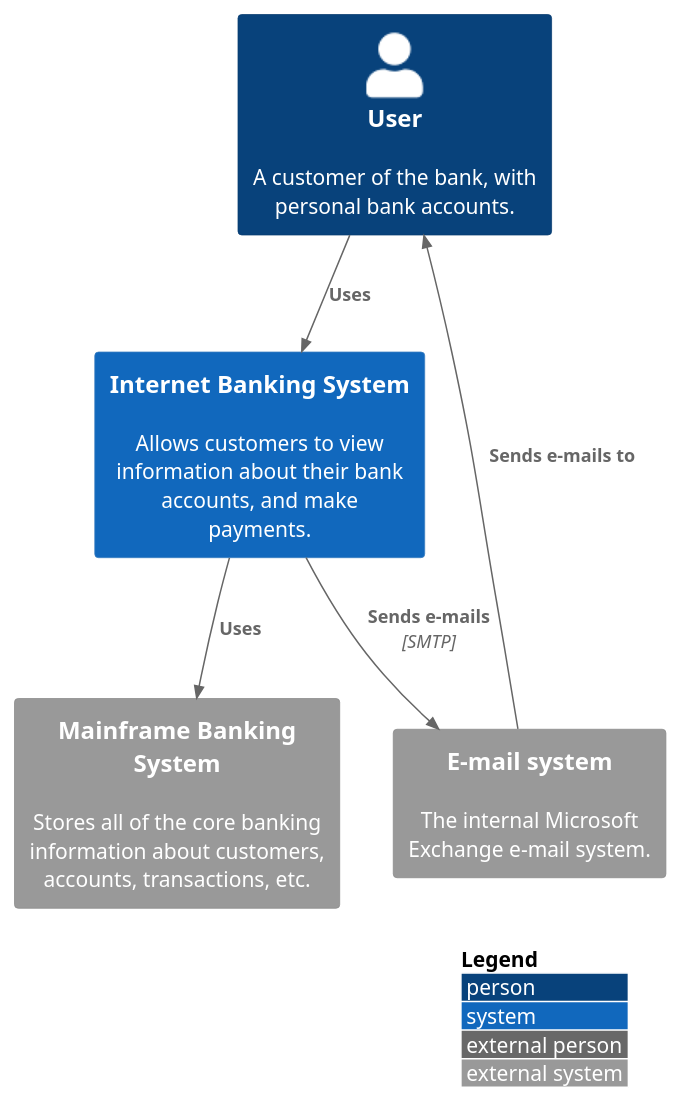
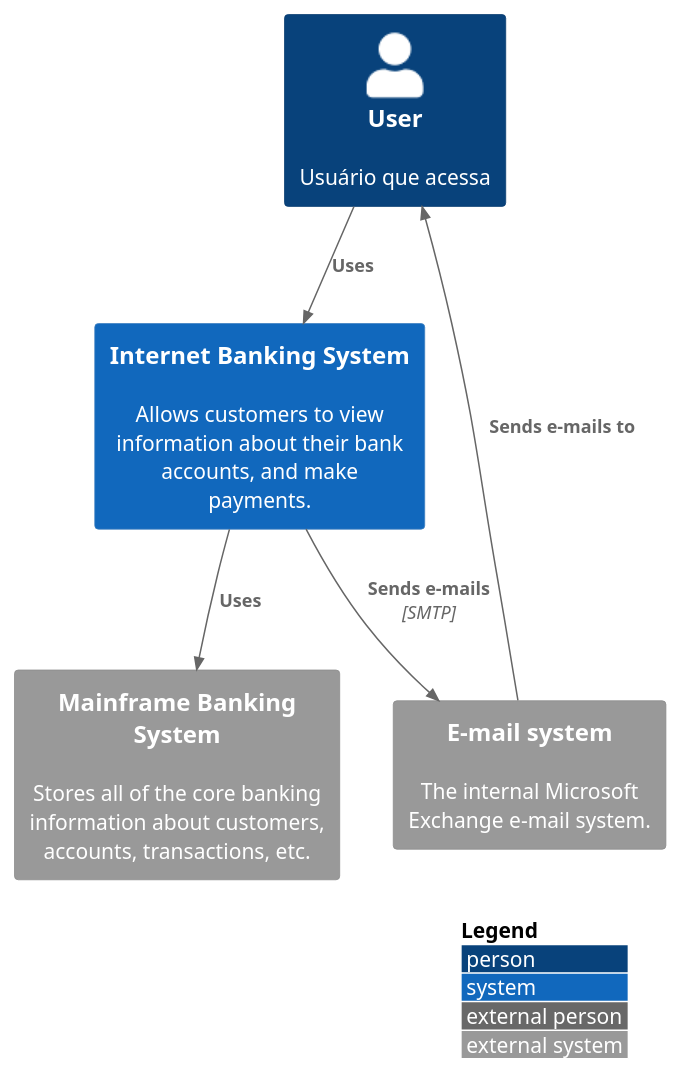
Before and after one commit to ertelsoares/Disciplinas-TSI: the diagram in C4-Analise-de-sistemas-2/ModeloArquiteturaC4/src/context.puml, drawn with PlantUML.

Commit message:
Alteração nome usuário

```diff
--- a/C4-Analise-de-sistemas-2/ModeloArquiteturaC4/src/context.puml
+++ b/C4-Analise-de-sistemas-2/ModeloArquiteturaC4/src/context.puml
@@ -1,15 +1,15 @@
 @startuml
 !include https://raw.githubusercontent.com/adrianvlupu/C4-PlantUML/latest/C4_Context.puml
 
 LAYOUT_WITH_LEGEND()
 
-Person(pbc, "User", "A customer of the bank, with personal bank accounts.")
+Person(pbc, "User", "Usuário que acessa")
 System(ibs, "Internet Banking System", "Allows customers to view information about their bank accounts, and make payments.")
 System_Ext(es, "E-mail system", "The internal Microsoft Exchange e-mail system.")
 System_Ext(mbs, "Mainframe Banking System", "Stores all of the core banking information about customers, accounts, transactions, etc.")
 
 Rel(pbc, ibs, "Uses")
 Rel(es, pbc, "Sends e-mails to")
 Rel(ibs, es, "Sends e-mails", "SMTP")
 Rel(ibs, mbs, "Uses")
 @enduml
```
